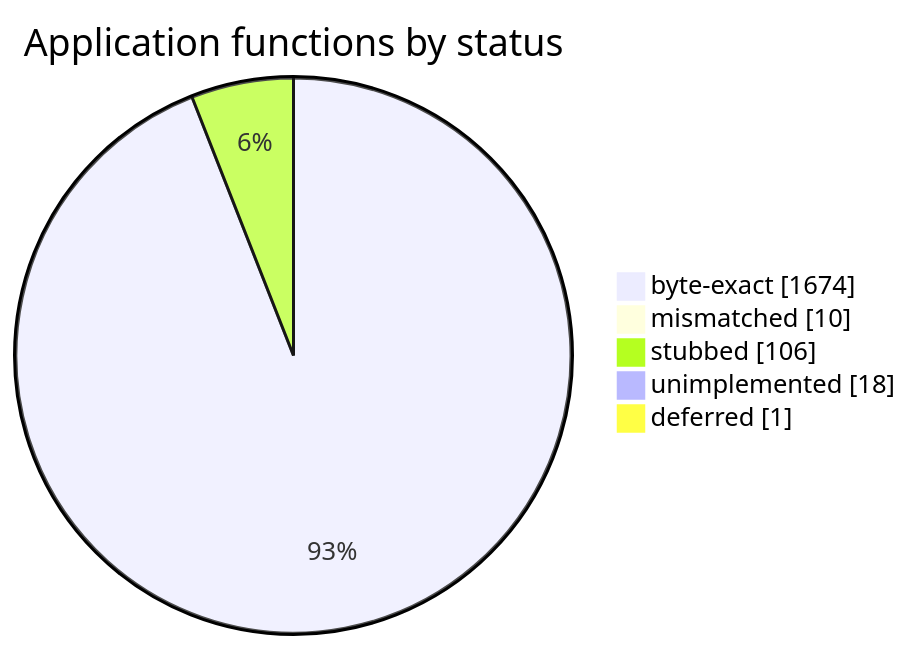
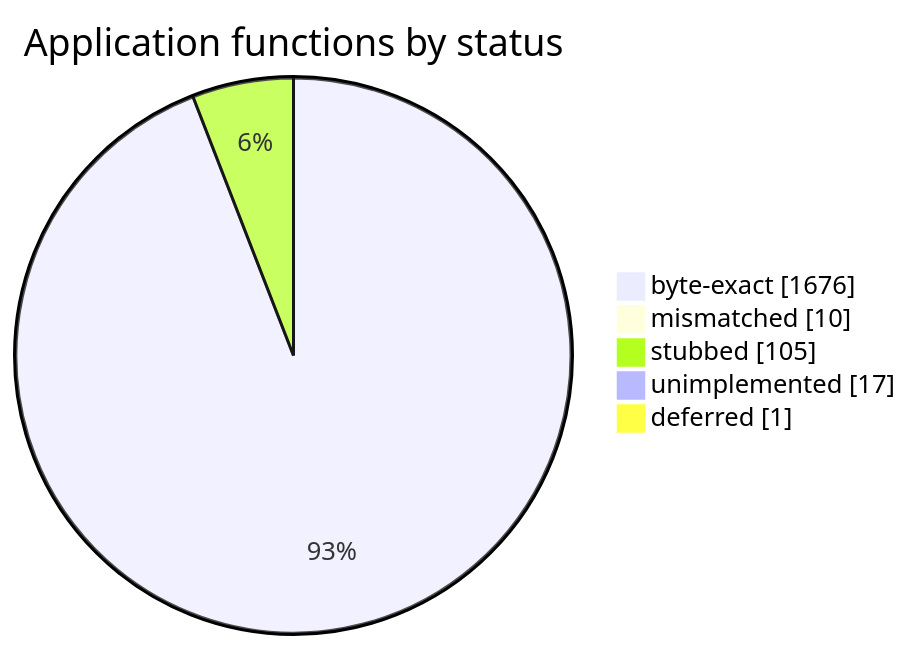
One commit to sorokya/eos changed the diagram in README.md. Above: the diagram before and after it, drawn with Mermaid. The commit also changed other lines of this file and 3 other files, not shown here.

````diff
--- a/README.md
+++ b/README.md
@@ -152,9 +152,9 @@
 ```mermaid
 pie showData
     title Application functions by status
-    "byte-exact" : 1674
+    "byte-exact" : 1676
     "mismatched" : 10
-    "stubbed" : 106
-    "unimplemented" : 18
+    "stubbed" : 105
+    "unimplemented" : 17
     "deferred" : 1
 ```
````
